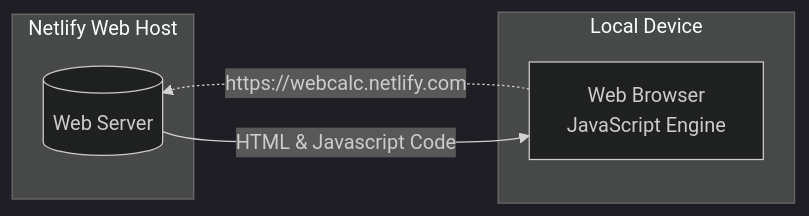
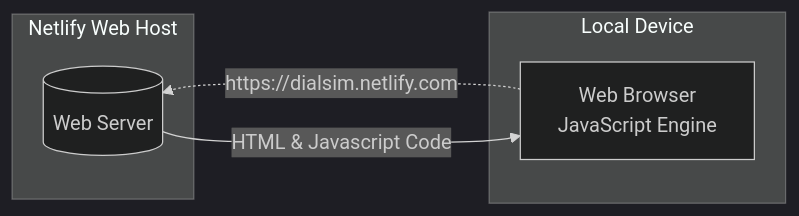
Before and after one commit to aaaahn/dialsim: the first of 3 diagrams in README.md, drawn with Mermaid (dark theme). The commit also changed other lines of this file, not shown here.

````diff
--- a/README.md
+++ b/README.md
@@ -17,15 +17,15 @@
 ```mermaid
 
 graph RL
-    Browser[Web Browser  <br> JavaScript Engine] -.->|"https://webcalc.netlify.com "| WWW[(Web Server)]
+    Browser[Web Browser  <br> JavaScript Engine] -.->|"https://dialsim.netlify.com "| WWW[(Web Server)]
     subgraph Local Device
         Browser
     end
     WWW --> |HTML & Javascript Code| Browser
 
     subgraph Netlify Web Host
         WWW
     end
 
 
 ```
````
